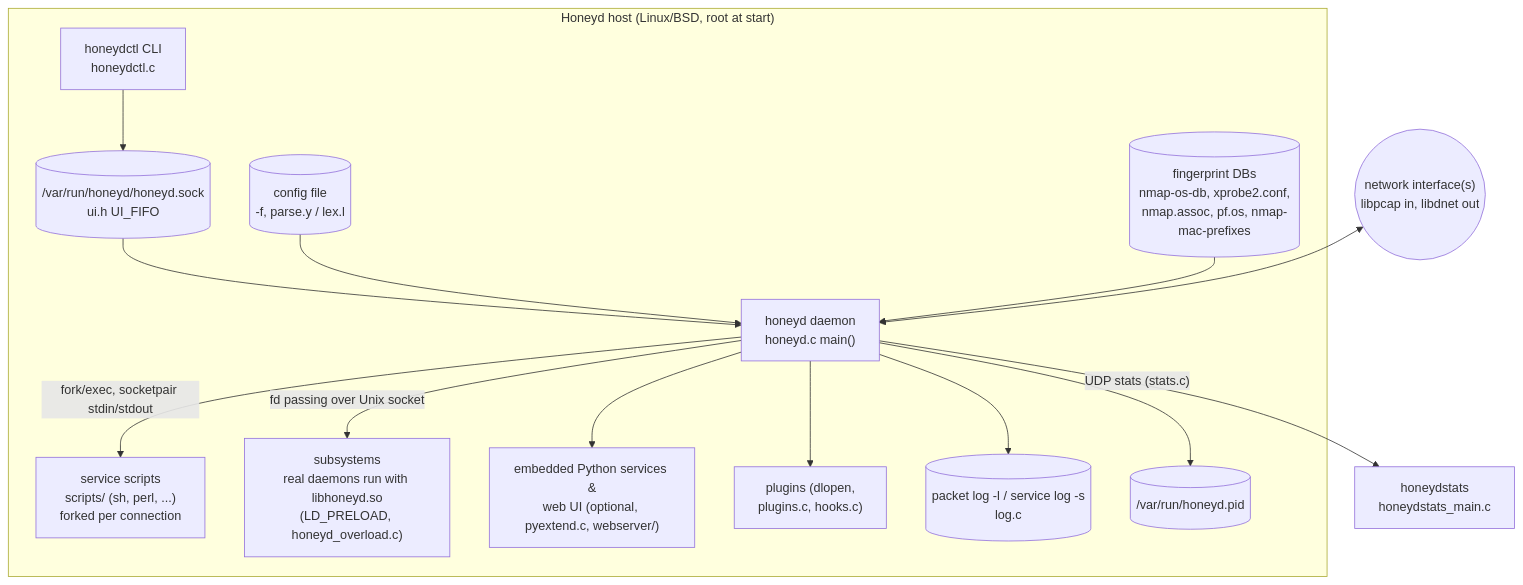
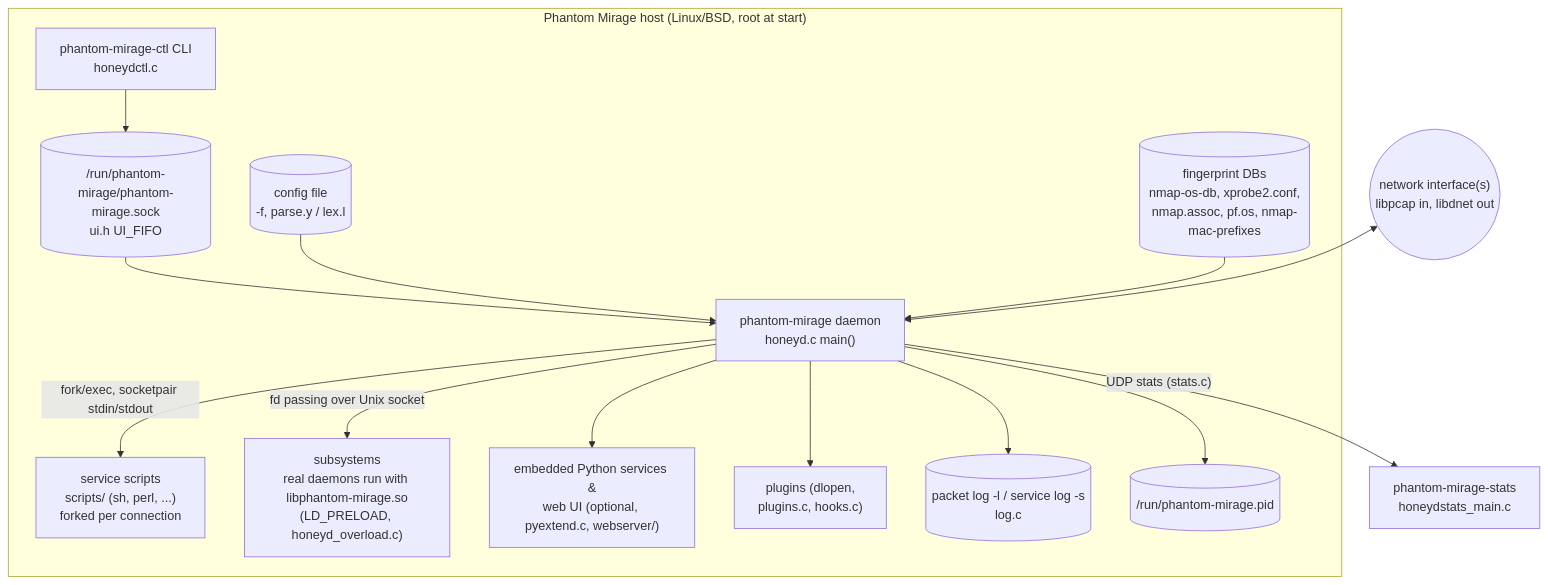
The second of 2 diagrams in docs/architecture/01-system-context.md (danieldejager/phantom-mirage), drawn with Mermaid before and after one commit. The commit also changed other lines of this file and 87 other files, not shown here.

First line of the commit message:
Rename to Phantom Mirage I (phantom-mirage)

````diff
--- a/docs/architecture/01-system-context.md
+++ b/docs/architecture/01-system-context.md
@@ -30,30 +30,30 @@
 ```mermaid
 flowchart TB
-    subgraph host["Honeyd host (Linux/BSD, root at start)"]
-        honeyd["honeyd daemon<br/>honeyd.c main()"]
-        honeydctl["honeydctl CLI<br/>honeydctl.c"]
-        uisock[("/var/run/honeyd/honeyd.sock<br/>ui.h UI_FIFO")]
+    subgraph host["Phantom Mirage host (Linux/BSD, root at start)"]
+        phantom-mirage["phantom-mirage daemon<br/>honeyd.c main()"]
+        phantom-mirage-ctl["phantom-mirage-ctl CLI<br/>honeydctl.c"]
+        uisock[("/run/phantom-mirage/phantom-mirage.sock<br/>ui.h UI_FIFO")]
         cfg[("config file<br/>-f, parse.y / lex.l")]
         fp[("fingerprint DBs<br/>nmap-os-db, xprobe2.conf,<br/>nmap.assoc, pf.os, nmap-mac-prefixes")]
         scripts["service scripts<br/>scripts/ (sh, perl, ...)<br/>forked per connection"]
-        subsys["subsystems<br/>real daemons run with libhoneyd.so<br/>(LD_PRELOAD, honeyd_overload.c)"]
+        subsys["subsystems<br/>real daemons run with libphantom-mirage.so<br/>(LD_PRELOAD, honeyd_overload.c)"]
         py["embedded Python services &<br/>web UI (optional, pyextend.c, webserver/)"]
         plugins["plugins (dlopen,<br/>plugins.c, hooks.c)"]
         logs[("packet log -l / service log -s<br/>log.c")]
-        pid[("/var/run/honeyd.pid")]
+        pid[("/run/phantom-mirage.pid")]
     end
-    stats["honeydstats<br/>honeydstats_main.c"]
+    stats["phantom-mirage-stats<br/>honeydstats_main.c"]
     net(("network interface(s)<br/>libpcap in, libdnet out"))
 
-    honeydctl --> uisock --> honeyd
-    cfg --> honeyd
-    fp --> honeyd
-    honeyd -- "fork/exec, socketpair stdin/stdout" --> scripts
-    honeyd -- "fd passing over Unix socket" --> subsys
-    honeyd --> py
-    honeyd --> plugins
-    honeyd --> logs
-    honeyd --> pid
-    honeyd -- "UDP stats (stats.c)" --> stats
-    net <--> honeyd
+    phantom-mirage-ctl --> uisock --> phantom-mirage
+    cfg --> phantom-mirage
+    fp --> phantom-mirage
+    phantom-mirage -- "fork/exec, socketpair stdin/stdout" --> scripts
+    phantom-mirage -- "fd passing over Unix socket" --> subsys
+    phantom-mirage --> py
+    phantom-mirage --> plugins
+    phantom-mirage --> logs
+    phantom-mirage --> pid
+    phantom-mirage -- "UDP stats (stats.c)" --> stats
+    net <--> phantom-mirage
 ```
````
